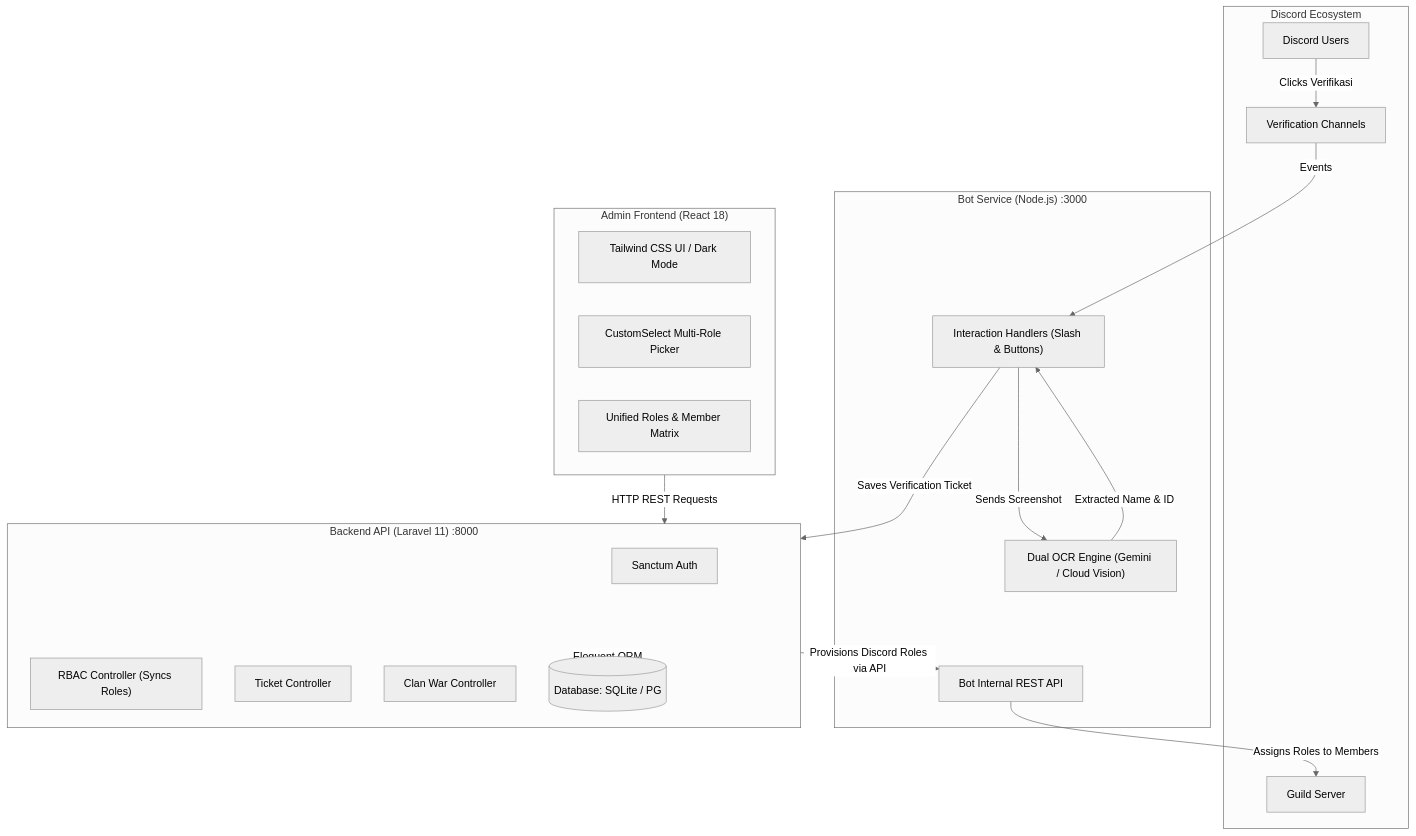
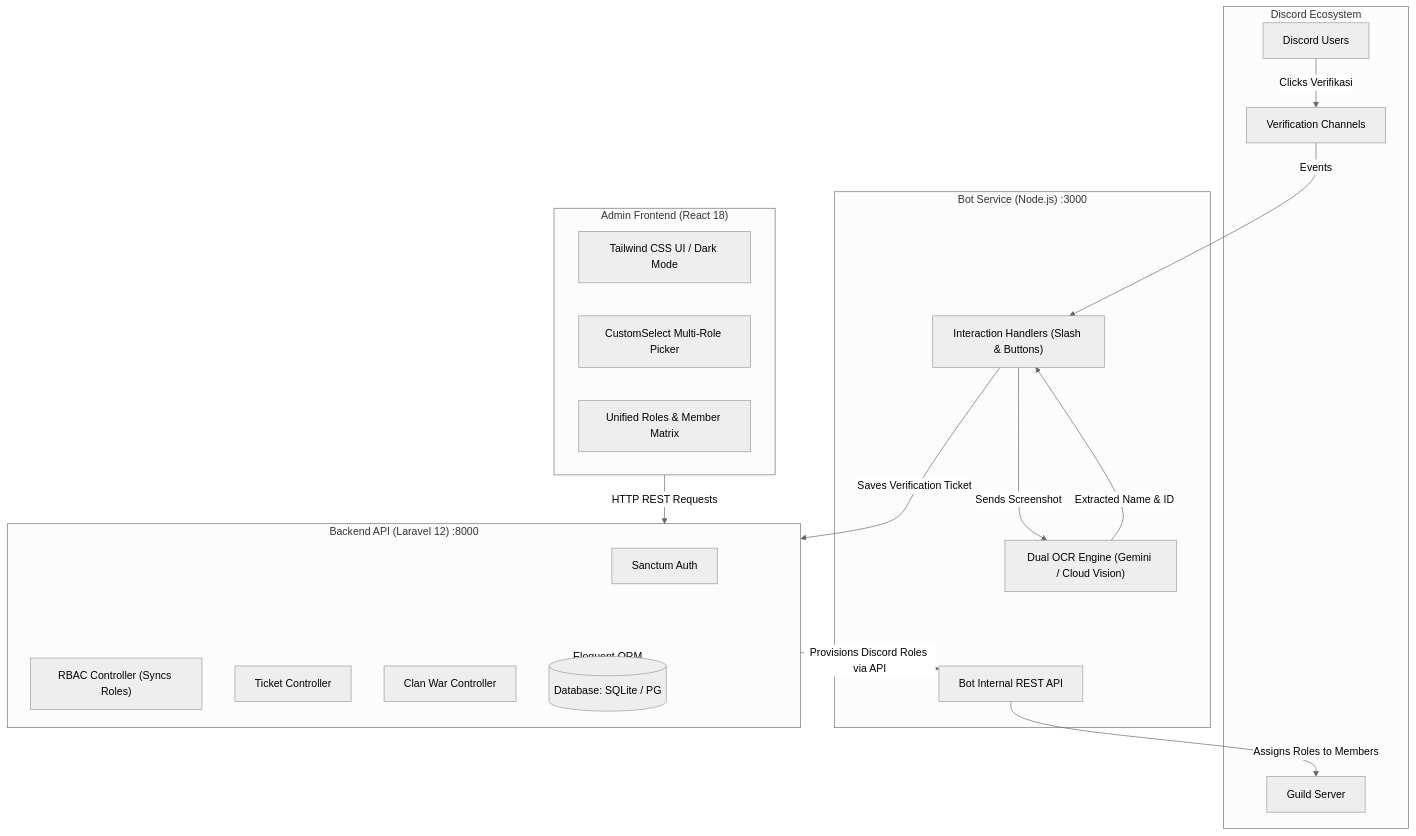
One commit to jhustinn/discord-bot-aries changed the second of 3 diagrams in docs/architecture/ARCHITECTURE.md. Above: the diagram before and after it, drawn with Mermaid (neutral theme). The commit also changed other lines of this file and 7 other files, not shown here.

````diff
--- a/docs/architecture/ARCHITECTURE.md
+++ b/docs/architecture/ARCHITECTURE.md
@@ -11,39 +50,39 @@
 ```mermaid
 flowchart TD
     subgraph Discord["Discord Ecosystem"]
         DU["Discord Users"]
         DC["Verification Channels"]
         DG["Guild Server"]
     end
 
     subgraph BotEngine["Bot Service (Node.js) :3000"]
         DH["Interaction Handlers (Slash & Buttons)"]
         OCR["Dual OCR Engine (Gemini / Cloud Vision)"]
         BApi["Bot Internal REST API"]
     end
 
-    subgraph LaravelBackend["Backend API (Laravel 11) :8000"]
+    subgraph LaravelBackend["Backend API (Laravel 12) :8000"]
         Auth["Sanctum Auth"]
         RbacCtrl["RBAC Controller (Syncs Roles)"]
         TicketCtrl["Ticket Controller"]
         WarCtrl["Clan War Controller"]
         DB[(Database: SQLite / PG)]
     end
 
     subgraph AdminDashboard["Admin Frontend (React 18)"]
         UI["Tailwind CSS UI / Dark Mode"]
         CS["CustomSelect Multi-Role Picker"]
         Tabs["Unified Roles & Member Matrix"]
     end
 
     DU -->|Clicks Verifikasi| DC
     DC -->|Events| DH
     DH -->|Sends Screenshot| OCR
     OCR -->|Extracted Name & ID| DH
     DH -->|Saves Verification Ticket| LaravelBackend
     
     AdminDashboard -->|HTTP REST Requests| LaravelBackend
     LaravelBackend -->|Eloquent ORM| DB
     LaravelBackend -->|Provisions Discord Roles via API| BApi
     BApi -->|Assigns Roles to Members| DG
 ```
````
